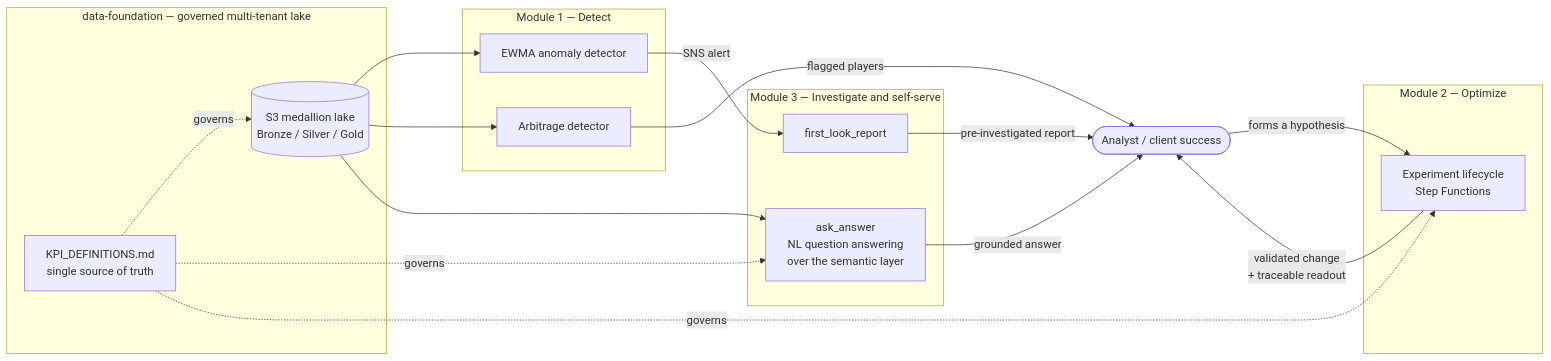
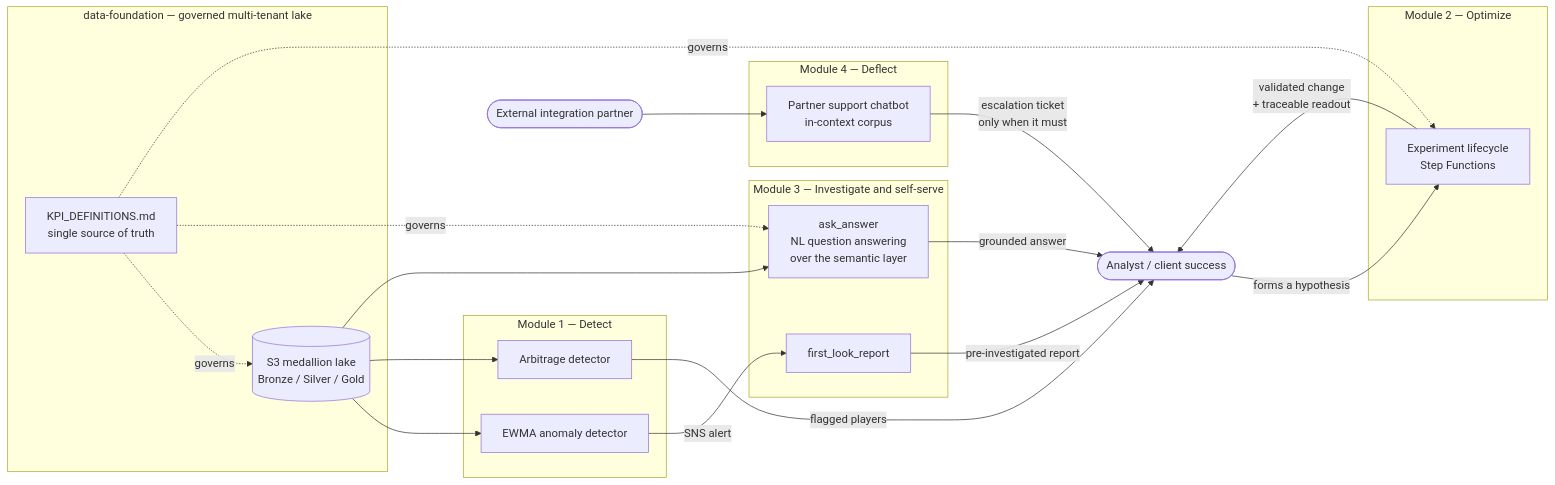
The first of 8 diagrams in diagrams/README.md (leonlaiyc/aws_game_data_platform), drawn with Mermaid before and after one commit. The commit also changed other lines of this file and 16 other files, not shown here.

````diff
--- a/diagrams/README.md
+++ b/diagrams/README.md
@@ -19,37 +19,44 @@
 ```mermaid
 flowchart LR
     subgraph F["data-foundation — governed multi-tenant lake"]
         LAKE[("S3 medallion lake<br/>Bronze / Silver / Gold")]
         KPI["KPI_DEFINITIONS.md<br/>single source of truth"]
     end
 
     subgraph M1["Module 1 — Detect"]
         EWMA["EWMA anomaly detector"]
         ARB["Arbitrage detector"]
     end
 
     subgraph M3["Module 3 — Investigate and self-serve"]
         ASK["ask_answer<br/>NL question answering<br/>over the semantic layer"]
         FLR["first_look_report"]
     end
 
     subgraph M2["Module 2 — Optimize"]
         EXP["Experiment lifecycle<br/>Step Functions"]
     end
 
+    subgraph M4["Module 4 — Deflect"]
+        BOT["Partner support chatbot<br/>in-context corpus"]
+    end
+
     ANALYST(["Analyst / client success"])
+    PARTNER(["External integration partner"])
+    PARTNER --> BOT
+    BOT -->|"escalation ticket<br/>only when it must"| ANALYST
 
     LAKE --> EWMA
     LAKE --> ARB
     LAKE --> ASK
     EWMA -->|"SNS alert"| FLR
     FLR -->|"pre-investigated report"| ANALYST
     ASK -->|"grounded answer"| ANALYST
     ARB -->|"flagged players"| ANALYST
     ANALYST -->|"forms a hypothesis"| EXP
     EXP -->|"validated change<br/>+ traceable readout"| ANALYST
 
     KPI -.->|governs| LAKE
     KPI -.->|governs| ASK
     KPI -.->|governs| EXP
 ```
````
